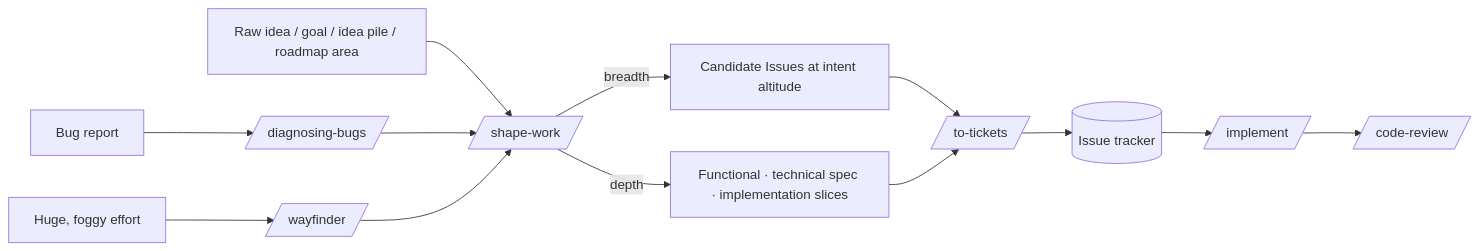
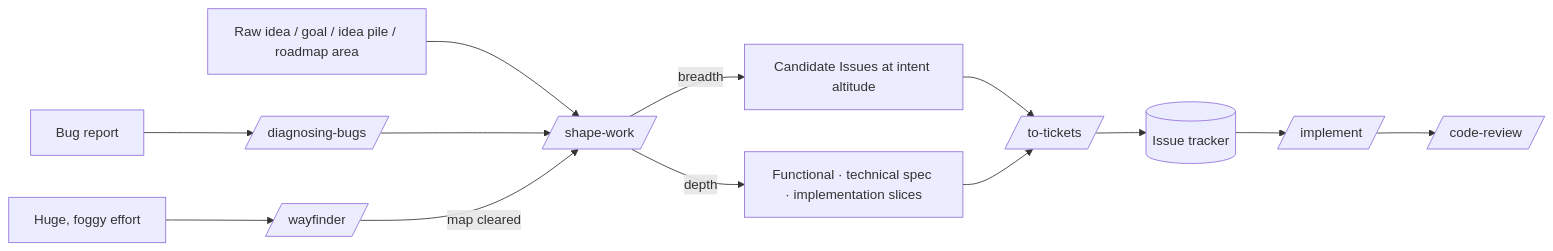
The diagram in README.md (biellls/my-skills), drawn with Mermaid before and after one commit. The commit also changed other lines of this file and 8 other files, not shown here.

````diff
--- a/README.md
+++ b/README.md
@@ -40,19 +40,19 @@
 ```mermaid
 flowchart LR
   Idea[Raw idea / goal / idea pile / roadmap area] --> SW[/shape-work/]
   Bug[Bug report] --> DB[/diagnosing-bugs/]
   DB --> SW
 
   SW -->|breadth| Cand[Candidate Issues at intent altitude]
   SW -->|depth| Deep[Functional · technical spec · implementation slices]
 
   Cand --> TT[/to-tickets/]
   Deep --> TT
   TT --> Tracker[(Issue tracker)]
 
   Tracker --> IMP[/implement/]
   IMP --> CR[/code-review/]
 
   Huge[Huge, foggy effort] --> WF[/wayfinder/]
-  WF --> SW
+  WF -->|map cleared| SW
 ```
````
